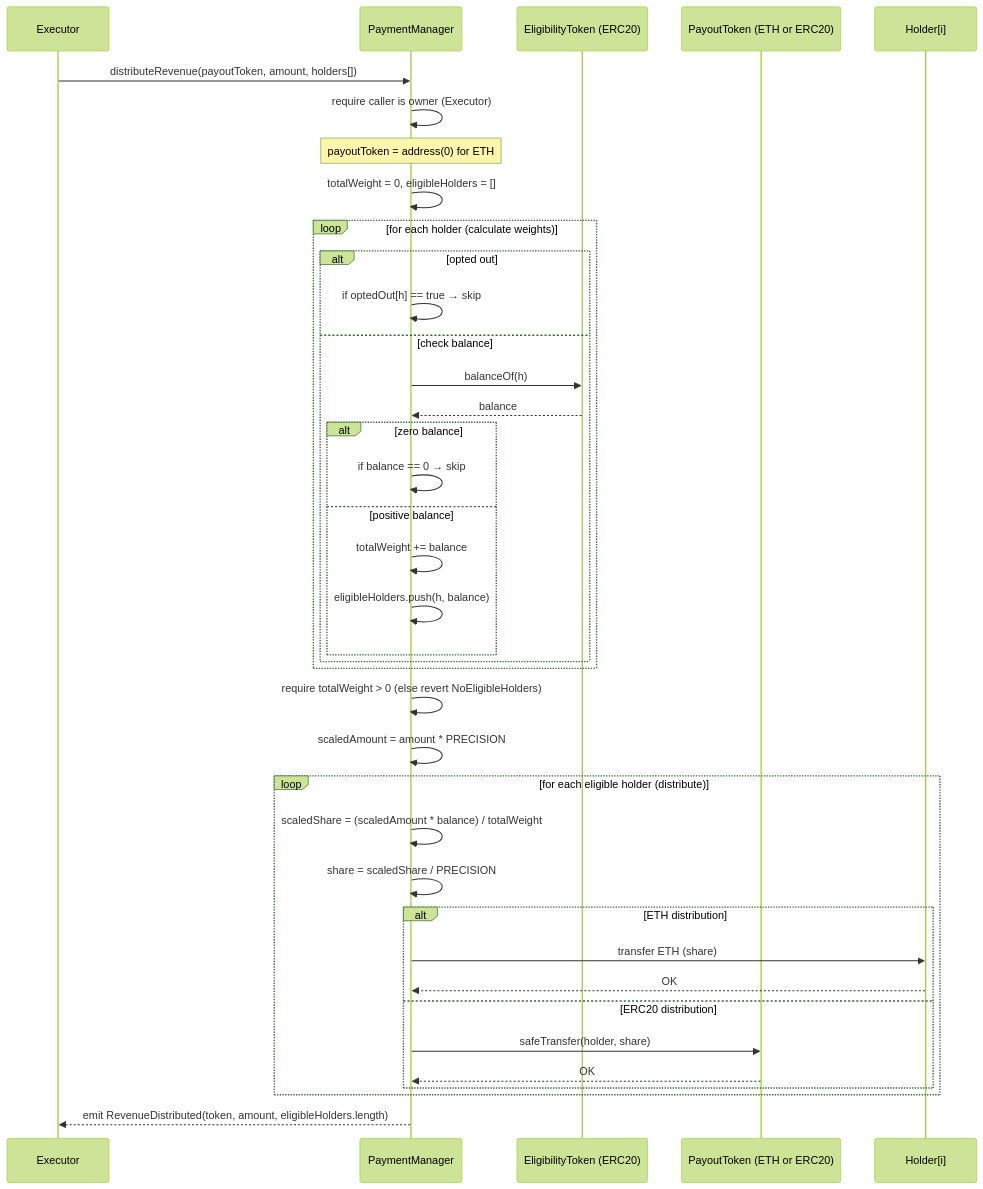
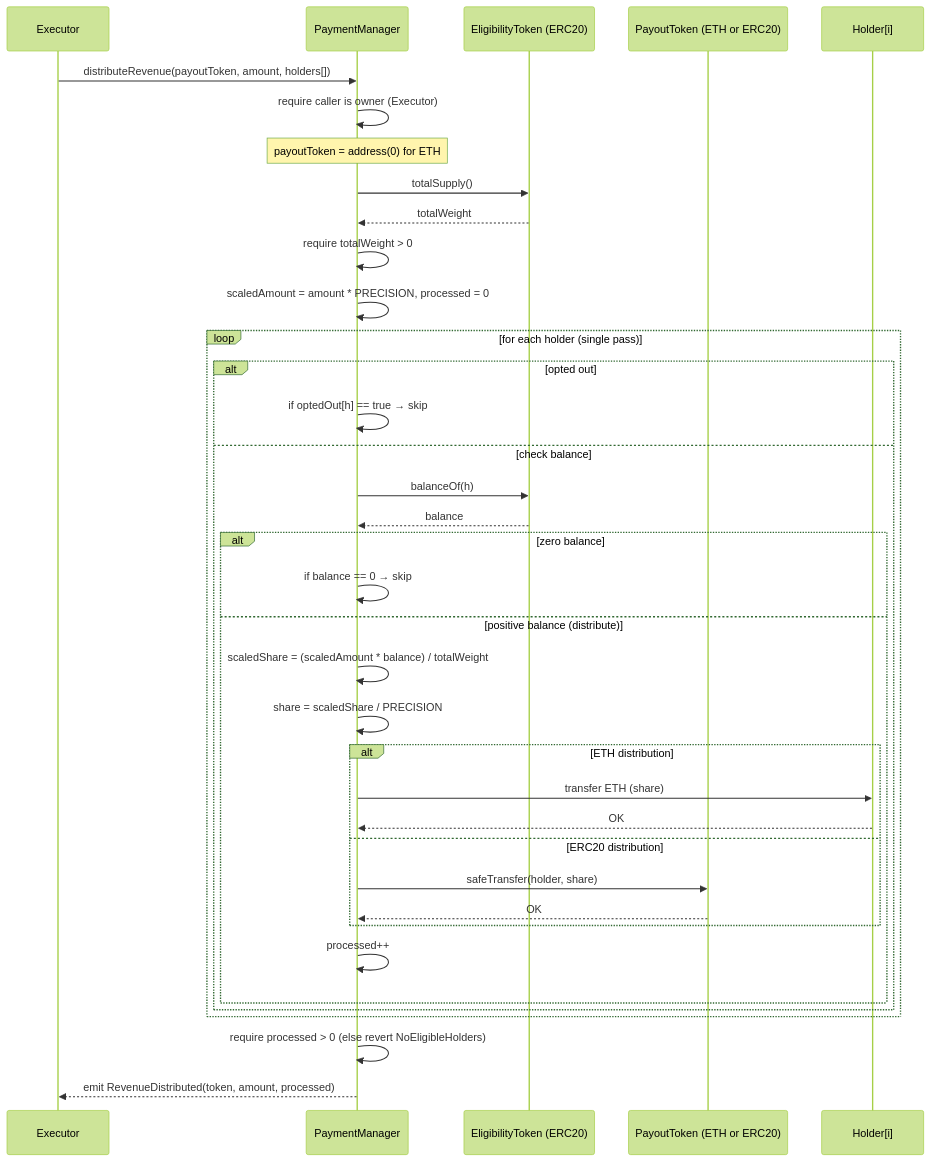
One commit to PerpetualOrganizationArchitect/POP changed the third of 4 diagrams in PaymentManager-TechnicalSpec.md. Above: the diagram before and after it, drawn with Mermaid (forest theme). The commit also changed other lines of this file, not shown here.

Commit message:
Optimize to use totalSupply for distribution weight calculation
Instead of iterating twice (once to calculate total weight, once to distribute),
we now use the eligibility token's totalSupply() as the total weight.

This enables a single-pass distribution:
1. Get totalSupply() upfront
2. Iterate once to check eligibility and distribute

This is more gas efficient and simpler, though it means opted-out holders'
balances still count toward the total weight (their shares remain in contract).

🤖 Generated with [Claude Code](https://claude.ai/code)

````diff
--- a/PaymentManager-TechnicalSpec.md
+++ b/PaymentManager-TechnicalSpec.md
@@ -202,45 +202,42 @@
 ```mermaid
 sequenceDiagram
     participant E as Executor
     participant PM as PaymentManager
     participant ET as EligibilityToken (ERC20)
     participant PT as PayoutToken (ETH or ERC20)
     participant H as Holder[i]
 
     E->>PM: distributeRevenue(payoutToken, amount, holders[])
     PM->>PM: require caller is owner (Executor)
     Note over PM: payoutToken = address(0) for ETH
-    PM->>PM: totalWeight = 0, eligibleHolders = []
+    PM->>ET: totalSupply()
+    ET-->>PM: totalWeight
+    PM->>PM: require totalWeight > 0
+    PM->>PM: scaledAmount = amount * PRECISION, processed = 0
     
-    loop for each holder (calculate weights)
+    loop for each holder (single pass)
       alt opted out
         PM->>PM: if optedOut[h] == true → skip
       else check balance
         PM->>ET: balanceOf(h)
         ET-->>PM: balance
         alt zero balance
           PM->>PM: if balance == 0 → skip
-        else positive balance
-          PM->>PM: totalWeight += balance
-          PM->>PM: eligibleHolders.push(h, balance)
+        else positive balance (distribute)
+          PM->>PM: scaledShare = (scaledAmount * balance) / totalWeight
+          PM->>PM: share = scaledShare / PRECISION
+          alt ETH distribution
+            PM->>H: transfer ETH (share)
+            H-->>PM: OK
+          else ERC20 distribution
+            PM->>PT: safeTransfer(holder, share)
+            PT-->>PM: OK
+          end
+          PM->>PM: processed++
         end
       end
     end
     
-    PM->>PM: require totalWeight > 0 (else revert NoEligibleHolders)
-    PM->>PM: scaledAmount = amount * PRECISION
-    
-    loop for each eligible holder (distribute)
-      PM->>PM: scaledShare = (scaledAmount * balance) / totalWeight
-      PM->>PM: share = scaledShare / PRECISION
-      alt ETH distribution
-        PM->>H: transfer ETH (share)
-        H-->>PM: OK
-      else ERC20 distribution
-        PM->>PT: safeTransfer(holder, share)
-        PT-->>PM: OK
-      end
-    end
-    
-    PM-->>E: emit RevenueDistributed(token, amount, eligibleHolders.length)
+    PM->>PM: require processed > 0 (else revert NoEligibleHolders)
+    PM-->>E: emit RevenueDistributed(token, amount, processed)
 ```
````
